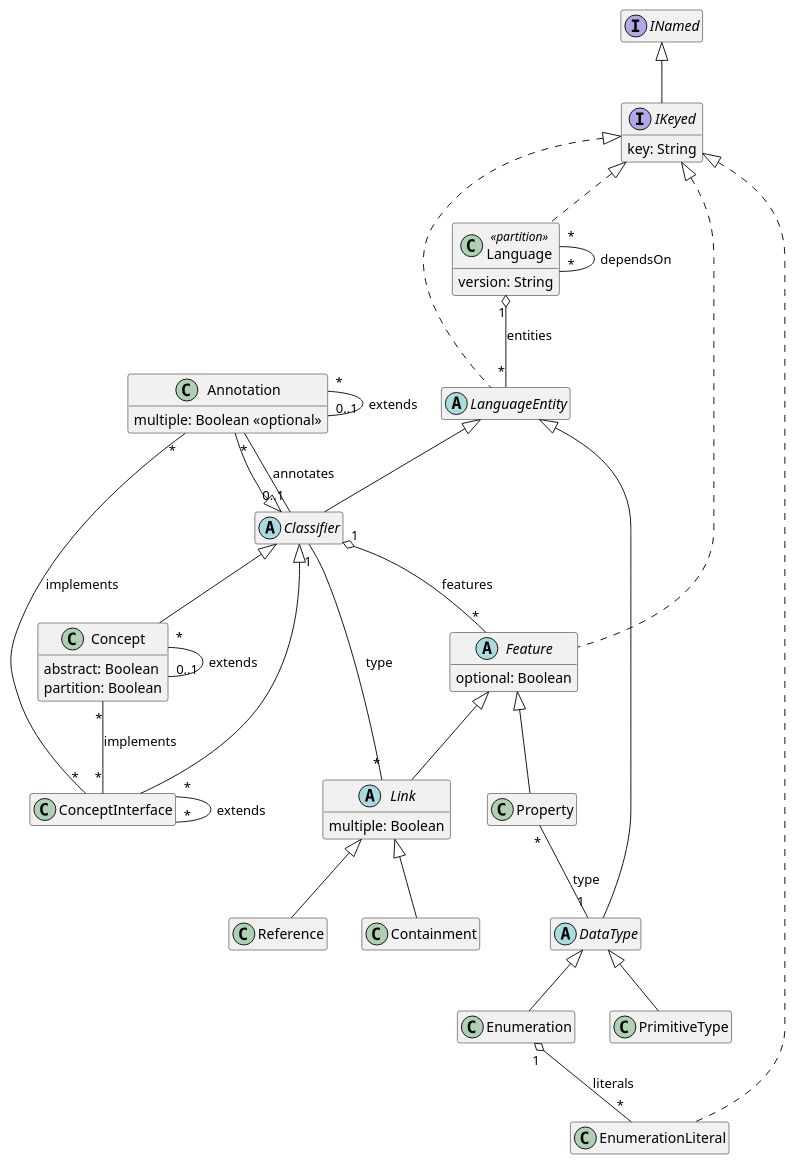
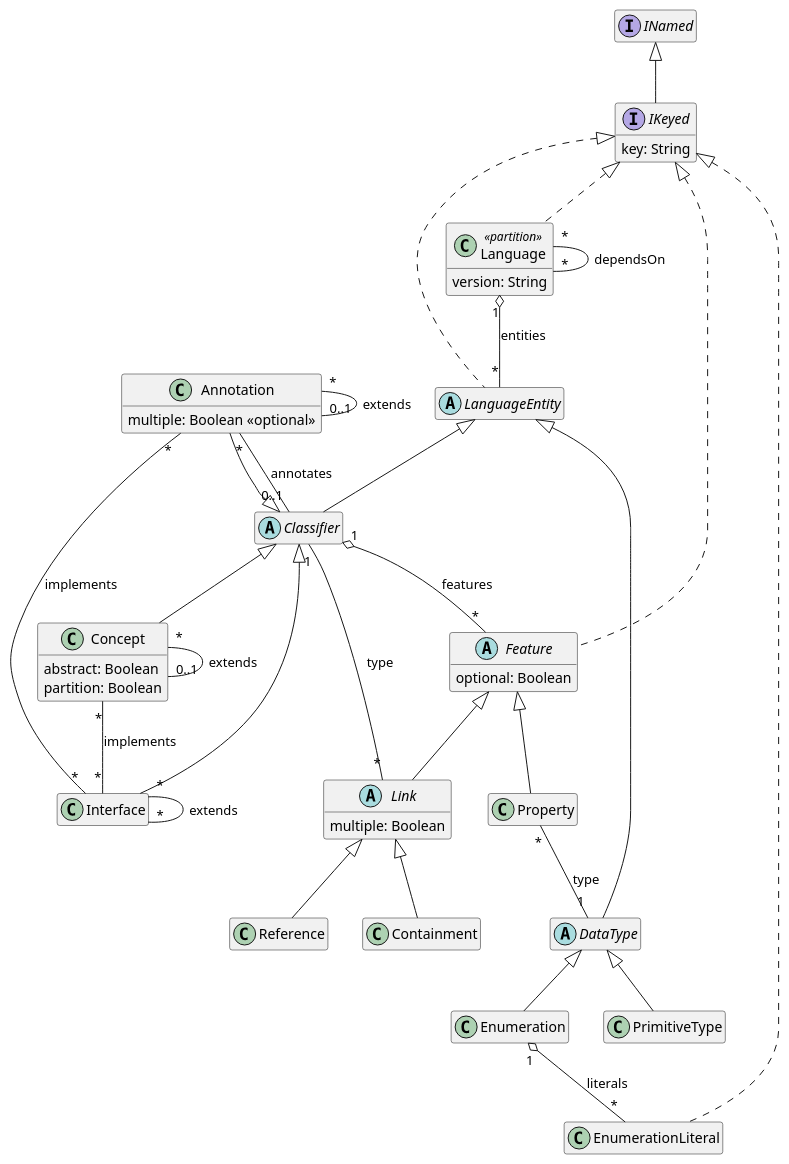
Before and after one commit to LionWeb-io/lionweb-typescript: the diagram in packages/artifacts/diagrams/metametamodel-gen.puml, drawn with PlantUML. The commit also changed 17 other files, not shown here.

Commit message:
rename 'ConceptInterface' -> 'Interface' (issue #190)

```diff
--- a/packages/artifacts/diagrams/metametamodel-gen.puml
+++ b/packages/artifacts/diagrams/metametamodel-gen.puml
@@ -1,77 +1,77 @@
 @startuml
 hide empty members
 
 ' qualified name: "LionCore.M3"
 
 
 class Annotation extends Classifier {
   multiple: Boolean <<optional>>
 }
 
 abstract class Classifier extends LanguageEntity
 
 class Concept extends Classifier {
   abstract: Boolean
   partition: Boolean
 }
 
-class ConceptInterface extends Classifier
-
 class Containment extends Link
 
 abstract class DataType extends LanguageEntity
 
 class Enumeration extends DataType
 
 class EnumerationLiteral implements IKeyed
 
 abstract class Feature implements IKeyed {
   optional: Boolean
 }
 
 interface IKeyed extends INamed {
   key: String
 }
+
+class Interface extends Classifier
 
 class Language <<partition>> implements IKeyed {
   version: String
 }
 
 abstract class LanguageEntity implements IKeyed
 
 abstract class Link extends Feature {
   multiple: Boolean
 }
 
 class PrimitiveType extends DataType
 
 class Property extends Feature
 
 class Reference extends Link
 
 
 
 ' relations:
 
 Annotation "*" -- "0..1" Classifier: annotates
 Annotation "*" -- "0..1" Annotation: extends
-Annotation "*" -- "*" ConceptInterface: implements
+Annotation "*" -- "*" Interface: implements
 Classifier "1" o-- "*" Feature: features
 Concept "*" -- "0..1" Concept: extends
-Concept "*" -- "*" ConceptInterface: implements
-ConceptInterface "*" -- "*" ConceptInterface: extends
+Concept "*" -- "*" Interface: implements
 
 
 Enumeration "1" o-- "*" EnumerationLiteral: literals
 
 
 
+Interface "*" -- "*" Interface: extends
 Language "1" o-- "*" LanguageEntity: entities
 Language "*" -- "*" Language: dependsOn
 
 Link "*" -- "1" Classifier: type
 
 Property "*" -- "1" DataType: type
 
 
 @enduml
```
